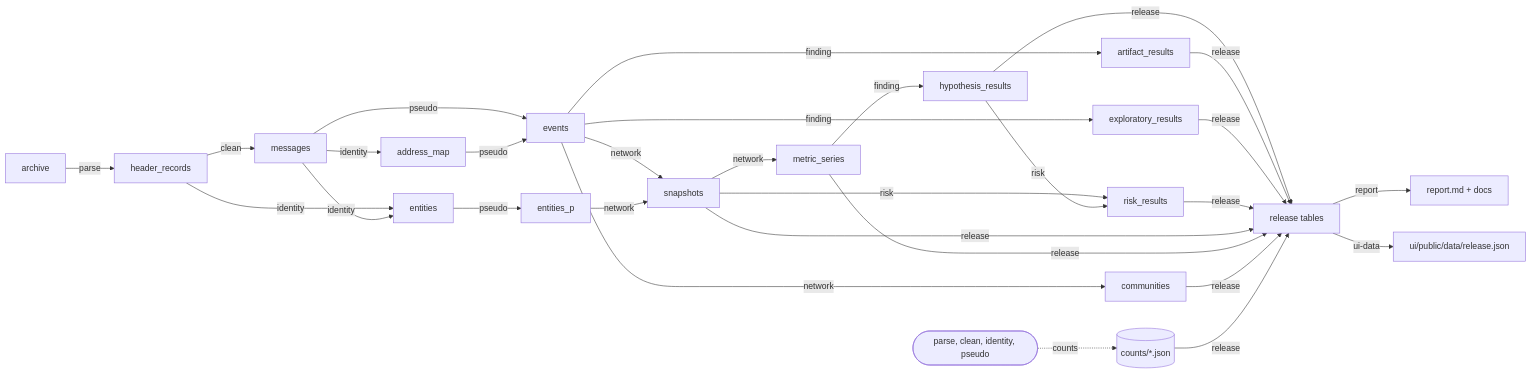
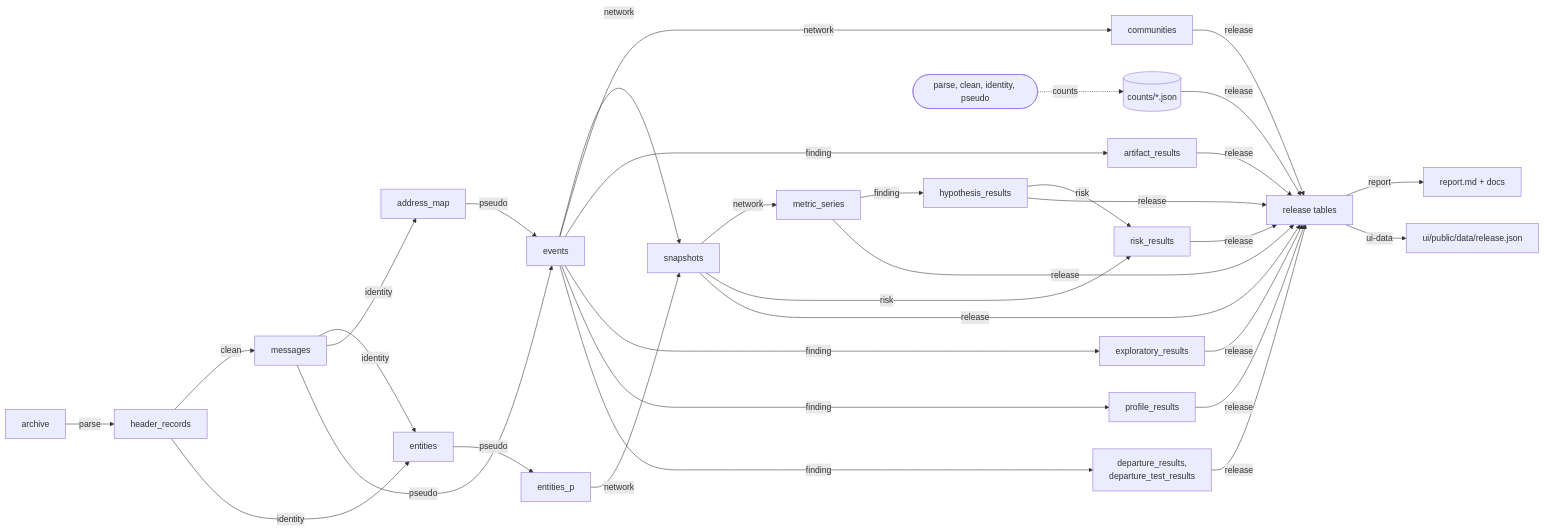
One commit to marcusvieira88/network-science changed the diagram in specs/001-enron-network-analysis/contracts/data-contracts.md. Above: the diagram before and after it, drawn with Mermaid. The commit also changed other lines of this file and 5 other files, not shown here.

````diff
--- a/specs/001-enron-network-analysis/contracts/data-contracts.md
+++ b/specs/001-enron-network-analysis/contracts/data-contracts.md
@@ -37,24 +37,26 @@
 ```mermaid
 flowchart LR
     AR[archive] -->|parse| HR[header_records]
     HR -->|clean| MS[messages]
     HR -->|identity| EN[entities]
     MS -->|identity| EN
     MS -->|identity| AM[address_map]
     MS -->|pseudo| EV[events]
     EN -->|pseudo| EP[entities_p]
     AM -->|pseudo| EV
     EV -->|network| SN[snapshots]
     EP -->|network| SN
     SN -->|network| MT[metric_series]
     EV -->|network| CO[communities]
     MT -->|finding| HY[hypothesis_results]
     EV -->|finding| AF[artifact_results]
     EV -->|finding| EX[exploratory_results]
+    EV -->|finding| PF[profile_results]
+    EV -->|finding| DP[departure_results,<br/>departure_test_results]
     SN -->|risk| RK[risk_results]
     HY -->|risk| RK
     PS([parse, clean, identity, pseudo]) -.->|counts| CT[(counts/*.json)]
-    HY & AF & EX & RK & SN & MT & CO & CT -->|release| RL[release tables]
+    HY & AF & EX & PF & DP & RK & SN & MT & CO & CT -->|release| RL[release tables]
     RL -->|report| RP[report.md + docs]
     RL -->|ui-data| UJ[ui/public/data/release.json]
 ```
````
